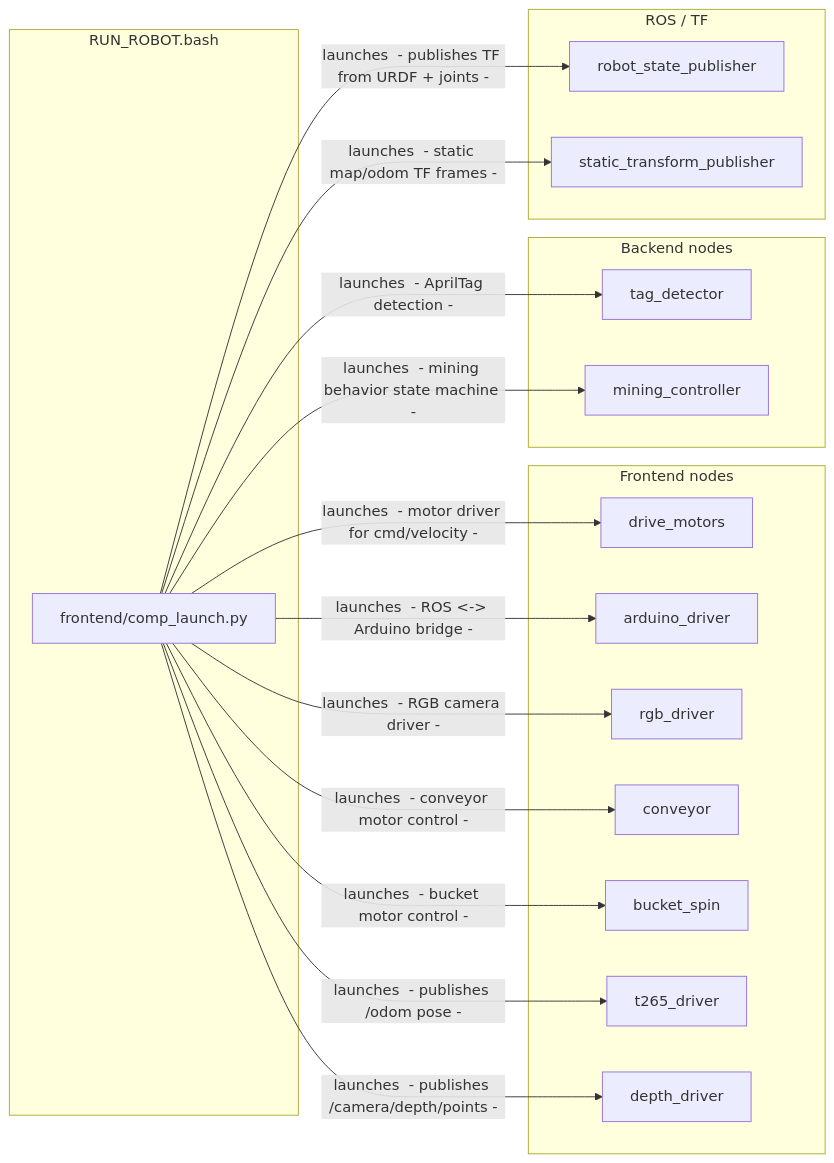
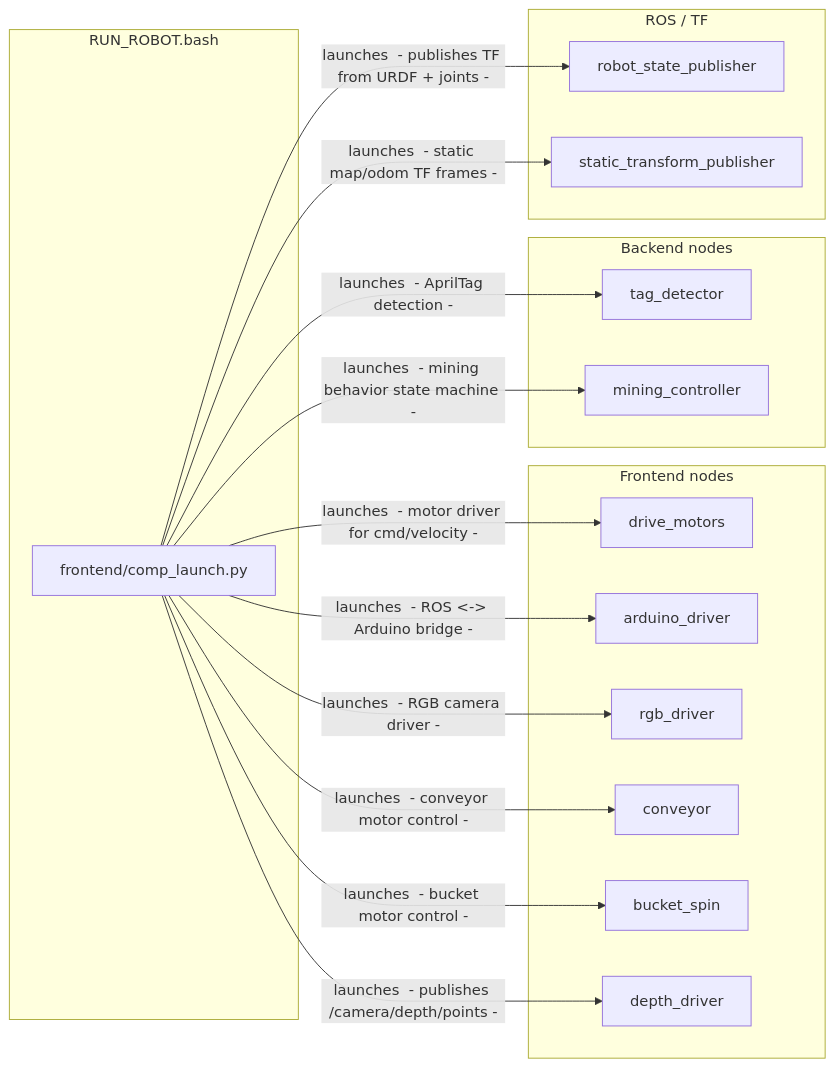
Before and after one commit to Sreann/upmoon25: the diagram in docs/runtime_run_robot.mmd, drawn with Mermaid. The commit also changed 25 other files, not shown here.

```diff
--- a/docs/runtime_run_robot.mmd
+++ b/docs/runtime_run_robot.mmd
@@ -1,39 +1,37 @@
 flowchart LR
   %% Runtime: RUN_ROBOT.bash
   %% Launches: ros2 launch frontend comp_launch.py
 
   subgraph RUN["RUN_ROBOT.bash"]
     COMP[frontend/comp_launch.py]
   end
 
   subgraph FE["Frontend nodes"]
     DRIVE[drive_motors]
     ARD[arduino_driver]
     RGB_DRV[rgb_driver]
     CONVEYOR[conveyor]
     BUCKET[bucket_spin]
-    T265[t265_driver]
     DEPTH[depth_driver]
   end
 
   subgraph BE["Backend nodes"]
     TAG_DET[tag_detector]
     MINER[mining_controller]
   end
 
   subgraph ROS["ROS / TF"]
     RSP[robot_state_publisher]
     TF_STATIC[static_transform_publisher]
   end
 
   COMP -->|launches  - publishes TF from URDF + joints - | RSP
   COMP -->|launches  - motor driver for cmd/velocity - | DRIVE
   COMP -->|launches  - ROS <-> Arduino bridge - | ARD
   COMP -->|launches  - RGB camera driver - | RGB_DRV
   COMP -->|launches  - conveyor motor control - | CONVEYOR
   COMP -->|launches  - bucket motor control - | BUCKET
-  COMP -->|launches  - publishes /odom pose - | T265
   COMP -->|launches  - publishes /camera/depth/points - | DEPTH
   COMP -->|launches  - AprilTag detection - | TAG_DET
   COMP -->|launches  - mining behavior state machine - | MINER
   COMP -->|launches  - static map/odom TF frames - | TF_STATIC
```
